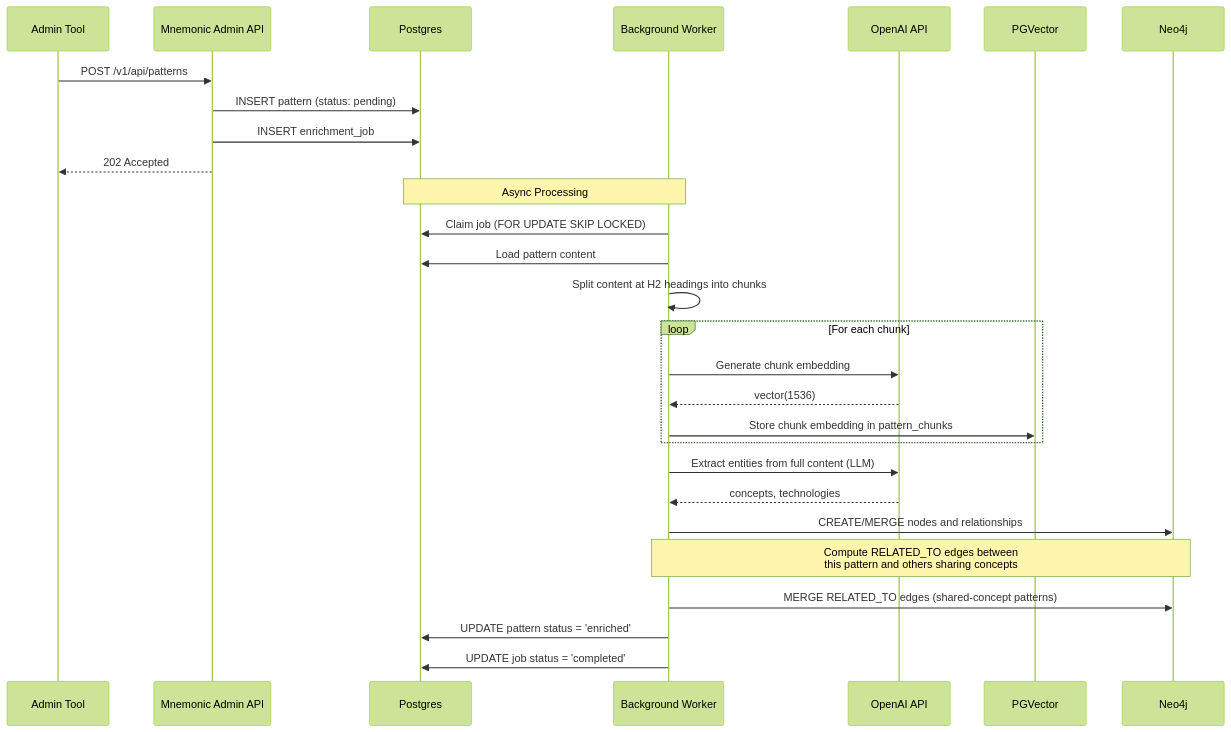
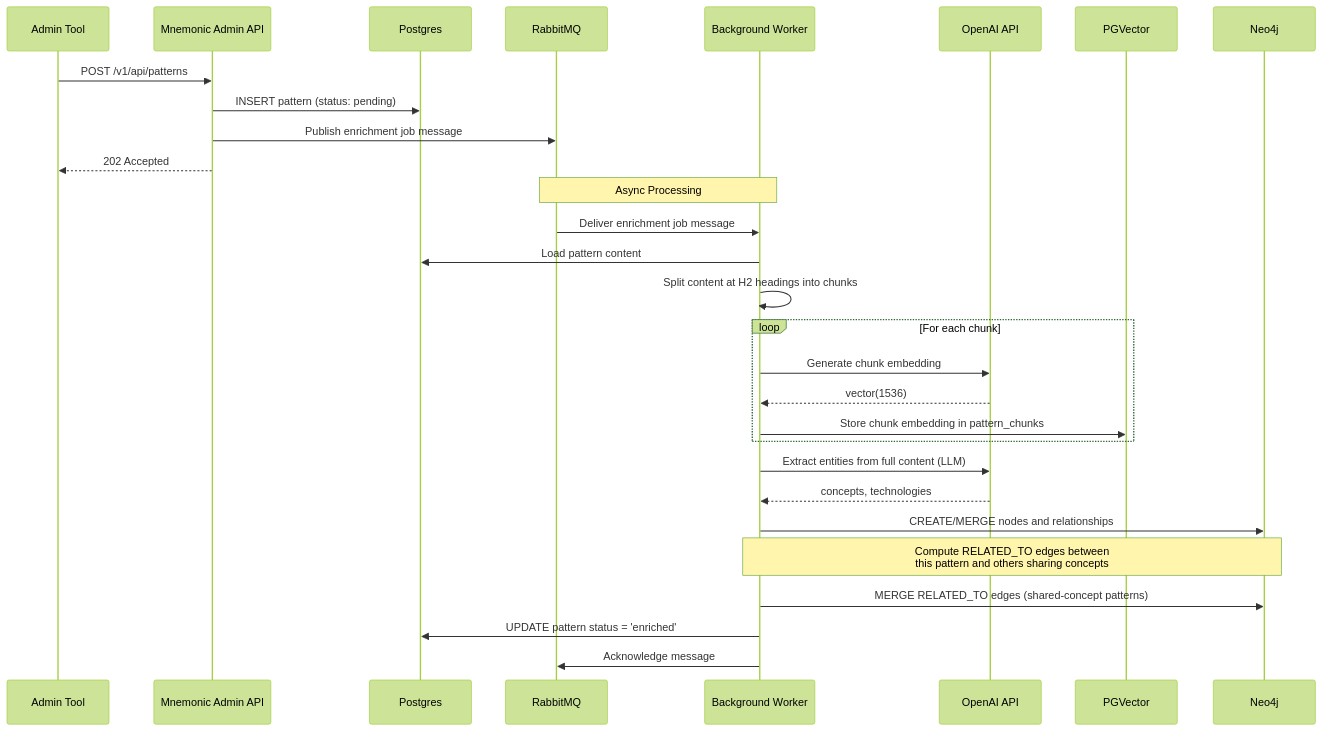
The seventh of 14 diagrams in docs/architecture/04-data-architecture.md (twistingmercury/mnemonic-enricher), drawn with Mermaid (forest theme) before and after one commit. The commit also changed other lines of this file and 5 other files, not shown here.

First line of the commit message:
docs: fix queue architecture from Postgres to RabbitMQ

````diff
--- a/docs/architecture/04-data-architecture.md
+++ b/docs/architecture/04-data-architecture.md
@@ -477,32 +477,33 @@
 ```mermaid
 sequenceDiagram
     participant ADMIN as Admin Tool
     participant API as Mnemonic Admin API
     participant PG as Postgres
+    participant RMQ as RabbitMQ
     participant WORKER as Background Worker
     participant OPENAI as OpenAI API
     participant PGV as PGVector
     participant NEO as Neo4j
 
     ADMIN->>API: POST /v1/api/patterns
     API->>PG: INSERT pattern (status: pending)
-    API->>PG: INSERT enrichment_job
+    API->>RMQ: Publish enrichment job message
     API-->>ADMIN: 202 Accepted
 
-    Note over WORKER,PG: Async Processing
-    WORKER->>PG: Claim job (FOR UPDATE SKIP LOCKED)
+    Note over WORKER,RMQ: Async Processing
+    RMQ->>WORKER: Deliver enrichment job message
     WORKER->>PG: Load pattern content
     WORKER->>WORKER: Split content at H2 headings into chunks
     loop For each chunk
         WORKER->>OPENAI: Generate chunk embedding
         OPENAI-->>WORKER: vector(1536)
         WORKER->>PGV: Store chunk embedding in pattern_chunks
     end
     WORKER->>OPENAI: Extract entities from full content (LLM)
     OPENAI-->>WORKER: concepts, technologies
     WORKER->>NEO: CREATE/MERGE nodes and relationships
     Note over WORKER,NEO: Compute RELATED_TO edges between<br/>this pattern and others sharing concepts
     WORKER->>NEO: MERGE RELATED_TO edges (shared-concept patterns)
     WORKER->>PG: UPDATE pattern status = 'enriched'
-    WORKER->>PG: UPDATE job status = 'completed'
+    WORKER->>RMQ: Acknowledge message
 ```
````
